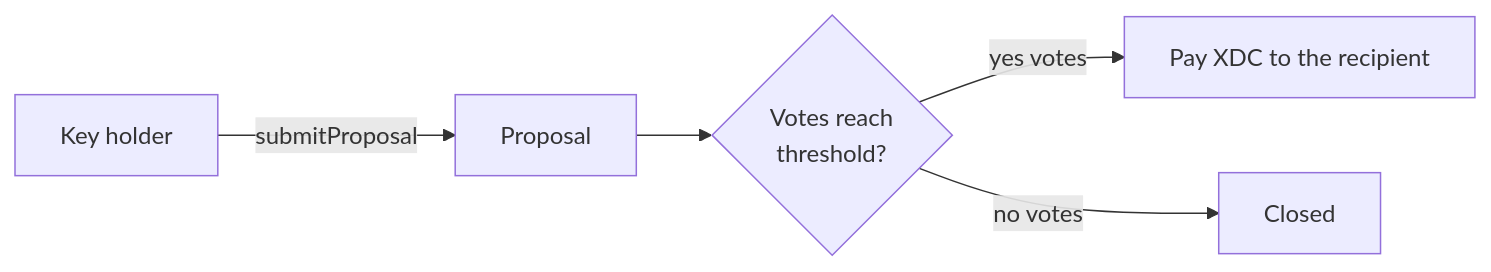
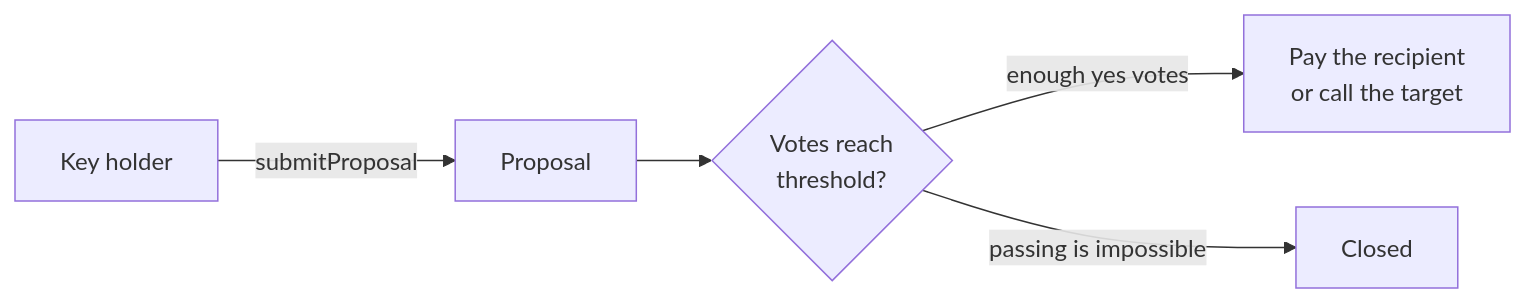
The diagram in README.md (CoinClubQuincy/Multi-Sig-Treasury), drawn with Mermaid before and after one commit. The commit also changed other lines of this file and 160 other files, not shown here.

````diff
--- a/README.md
+++ b/README.md
@@ -21,7 +21,7 @@
 ```mermaid
 flowchart LR
     K[Key holder] -->|submitProposal| P[Proposal]
     P --> V{Votes reach<br/>threshold?}
-    V -->|yes votes| X[Pay XDC to the recipient]
-    V -->|no votes| C[Closed]
+    V -->|enough yes votes| X[Pay the recipient<br/>or call the target]
+    V -->|passing is impossible| C[Closed]
 ```
````
